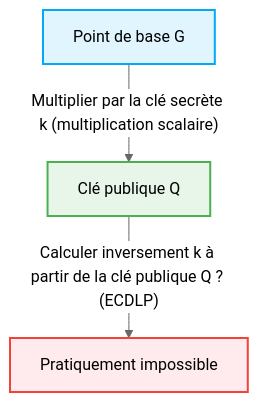
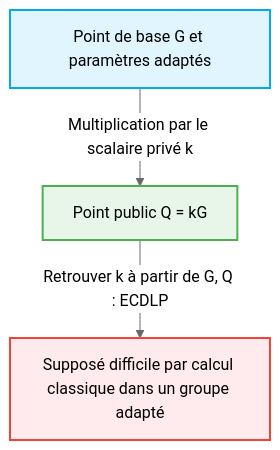
The second of 2 diagrams in content/post/public-key-cryptography-rsa-ecc/index.fr.md (kenjinote/blog), drawn with Mermaid (neutral theme) before and after one commit. The commit also changed other lines of this file and 5 other files, not shown here.

````diff
--- a/content/post/public-key-cryptography-rsa-ecc/index.fr.md
+++ b/content/post/public-key-cryptography-rsa-ecc/index.fr.md
@@ -123,8 +165,8 @@
 ```mermaid
 graph TD
-    A["Point de base G"] -- "Multiplier par la clé secrète k (multiplication scalaire)" --> B["Clé publique Q"]
-    B -- "Calculer inversement k à partir de la clé publique Q ? (ECDLP)" --> C["Pratiquement impossible"]
+    A["Point de base G et paramètres adaptés"] -->|"Multiplication par le scalaire privé k"| B["Point public Q = kG"]
+    B -->|"Retrouver k à partir de G, Q : ECDLP"| C["Supposé difficile par calcul classique dans un groupe adapté"]
     style A fill:#e1f5fe,stroke:#03a9f4,stroke-width:2px
     style B fill:#e8f5e9,stroke:#4caf50,stroke-width:2px
     style C fill:#ffebee,stroke:#f44336,stroke-width:2px
 ```
````
